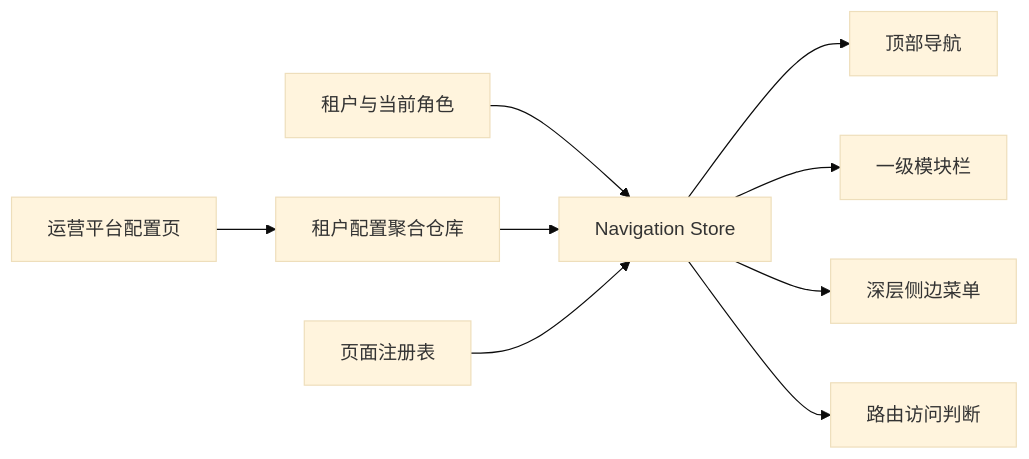
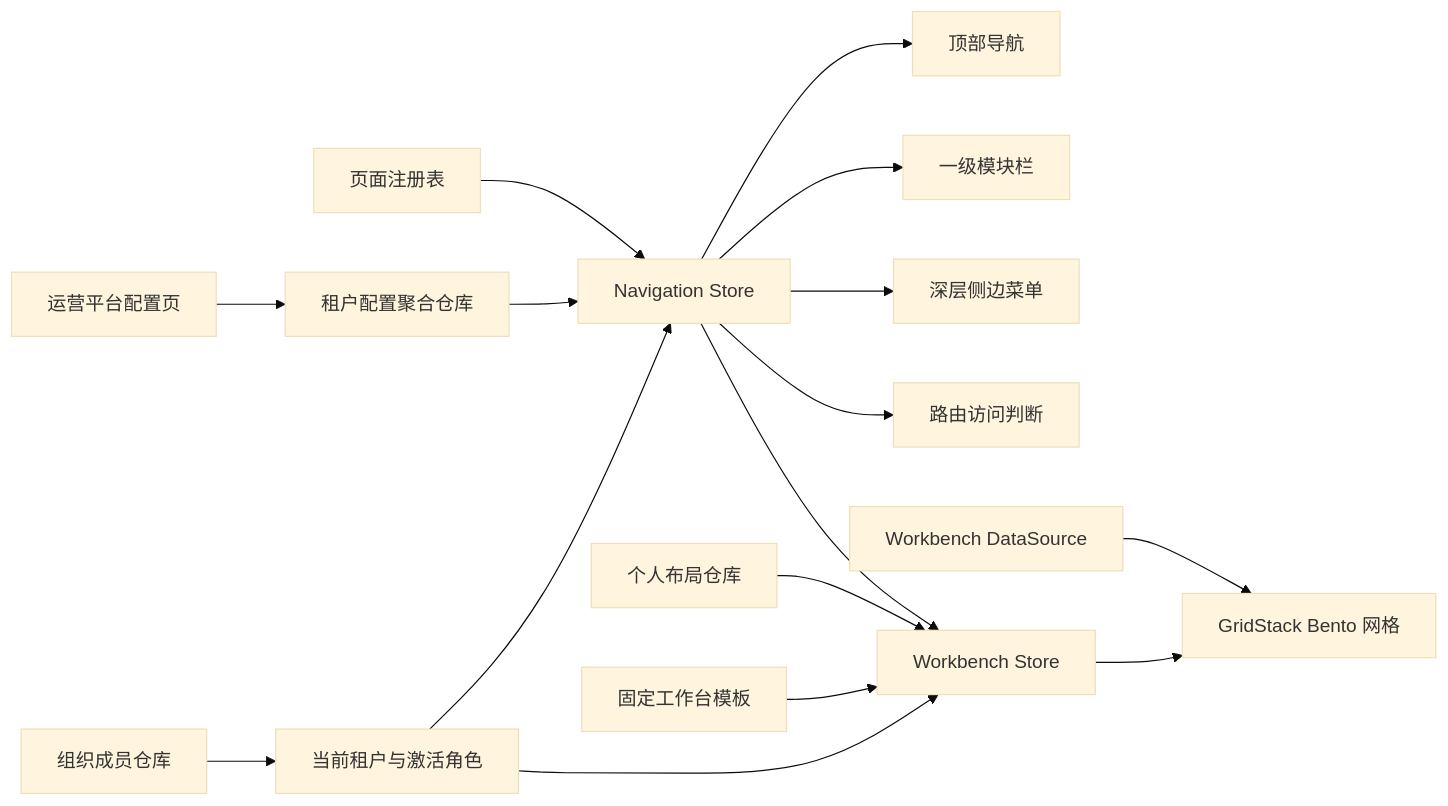
One commit to xiao-user/Operation-Platform changed the diagram in README.md. Above: the diagram before and after it, drawn with Mermaid (base theme). The commit also changed other lines of this file and 65 other files, not shown here.

````diff
--- a/README.md
+++ b/README.md
@@ -139,11 +155,18 @@
 ```mermaid
 flowchart LR
-    A[租户与当前角色] --> B[Navigation Store]
+    A[当前租户与激活角色] --> B[Navigation Store]
     C[租户配置聚合仓库] --> B
+    D[组织成员仓库] --> A
     F[页面注册表] --> B
     B --> G[顶部导航]
     B --> H[一级模块栏]
     B --> I[深层侧边菜单]
     B --> J[路由访问判断]
     K[运营平台配置页] --> C
+    A --> L[Workbench Store]
+    M[固定工作台模板] --> L
+    N[个人布局仓库] --> L
+    B --> L
+    L --> O[GridStack Bento 网格]
+    P[Workbench DataSource] --> O
 ```
````
